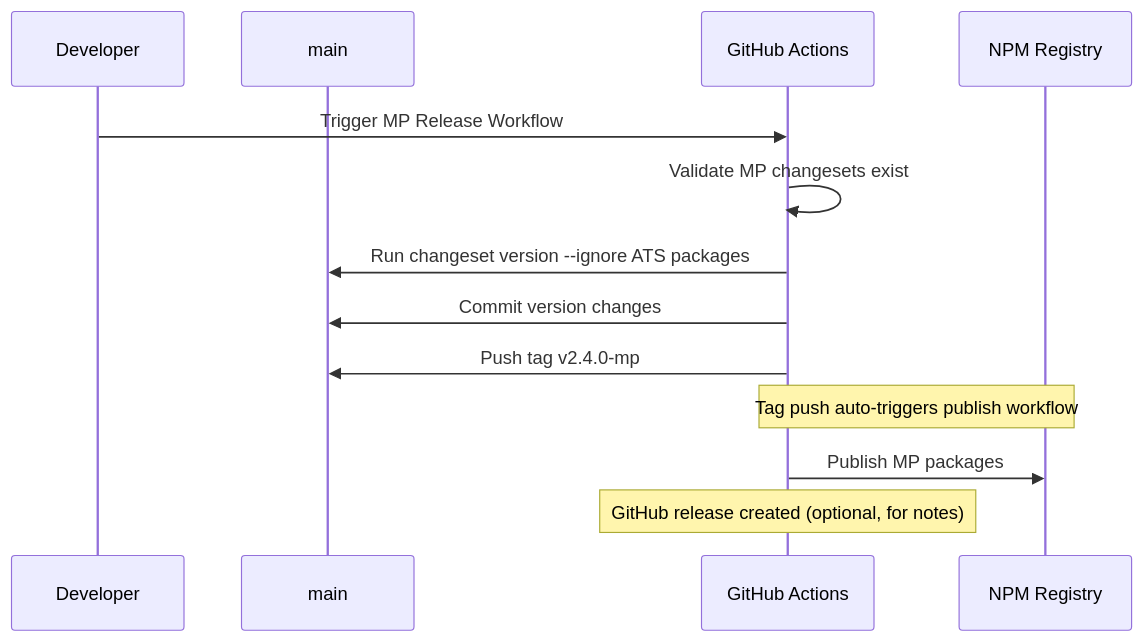
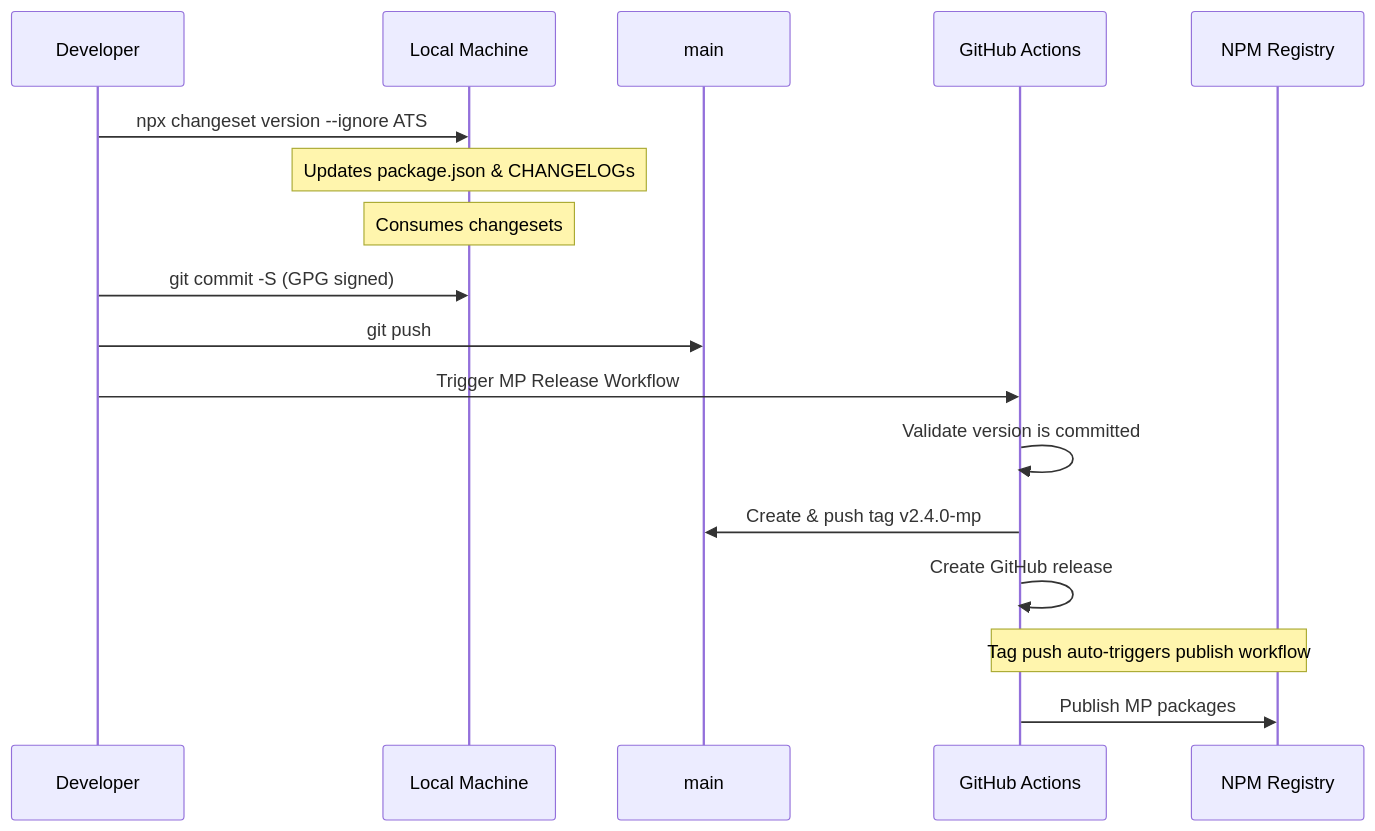
One commit to hashgraph/asset-tokenization-studio changed the third of 5 diagrams in .github/WORKFLOWS.md. Above: the diagram before and after it, drawn with Mermaid. The commit also changed other lines of this file and 3 other files, not shown here.

Commit message:
fix: pipeline release workflows for ATS

````diff
--- a/.github/WORKFLOWS.md
+++ b/.github/WORKFLOWS.md
@@ -134,16 +140,20 @@
 ```mermaid
 sequenceDiagram
     participant Dev as Developer
+    participant Local as Local Machine
     participant M as main
     participant GH as GitHub Actions
     participant NPM as NPM Registry
 
+    Dev->>Local: npx changeset version --ignore ATS
+    Note over Local: Updates package.json & CHANGELOGs
+    Note over Local: Consumes changesets
+    Dev->>Local: git commit -S (GPG signed)
+    Dev->>M: git push
     Dev->>GH: Trigger MP Release Workflow
-    GH->>GH: Validate MP changesets exist
-    GH->>M: Run changeset version --ignore ATS packages
-    GH->>M: Commit version changes
-    GH->>M: Push tag v2.4.0-mp
+    GH->>GH: Validate version is committed
+    GH->>M: Create & push tag v2.4.0-mp
+    GH->>GH: Create GitHub release
     Note over GH,NPM: Tag push auto-triggers publish workflow
     GH->>NPM: Publish MP packages
-    Note over GH: GitHub release created (optional, for notes)
 ```
````
